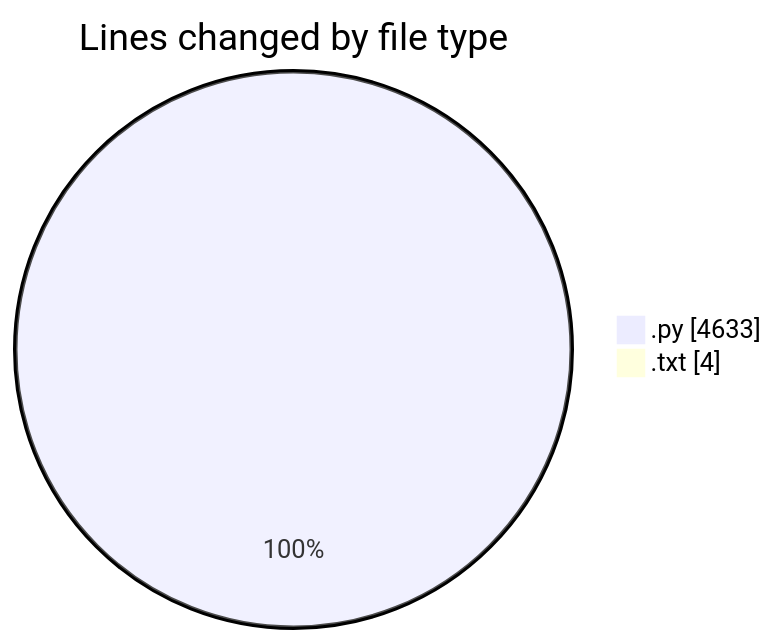
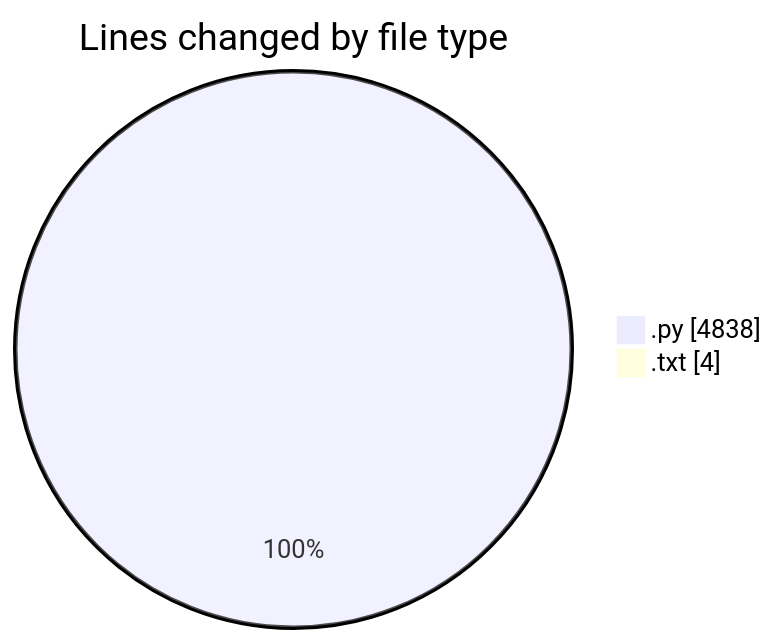
One commit to CELIANVF/code-tracking changed the first of 2 diagrams in 2025-06-01/video_app/README.md. Above: the diagram before and after it, drawn with Mermaid. The commit also changed other lines of this file and 1 other file, not shown here.

````diff
--- a/2025-06-01/video_app/README.md
+++ b/2025-06-01/video_app/README.md
@@ -29,6 +29,6 @@
 ```mermaid
 pie showData
 title Lines changed by file type
-".py" : 4633
+".py" : 4838
 ".txt" : 4
 ```
````
